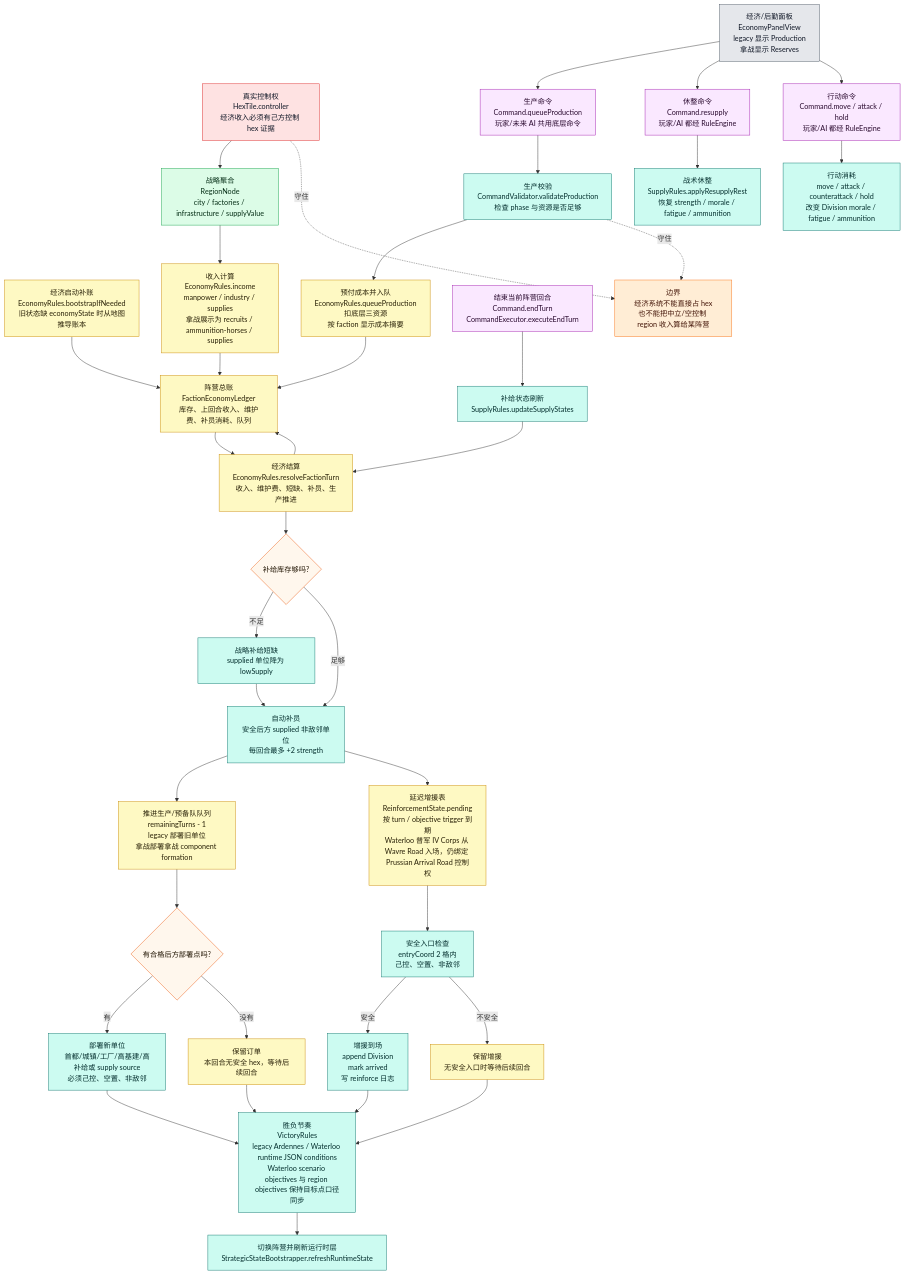
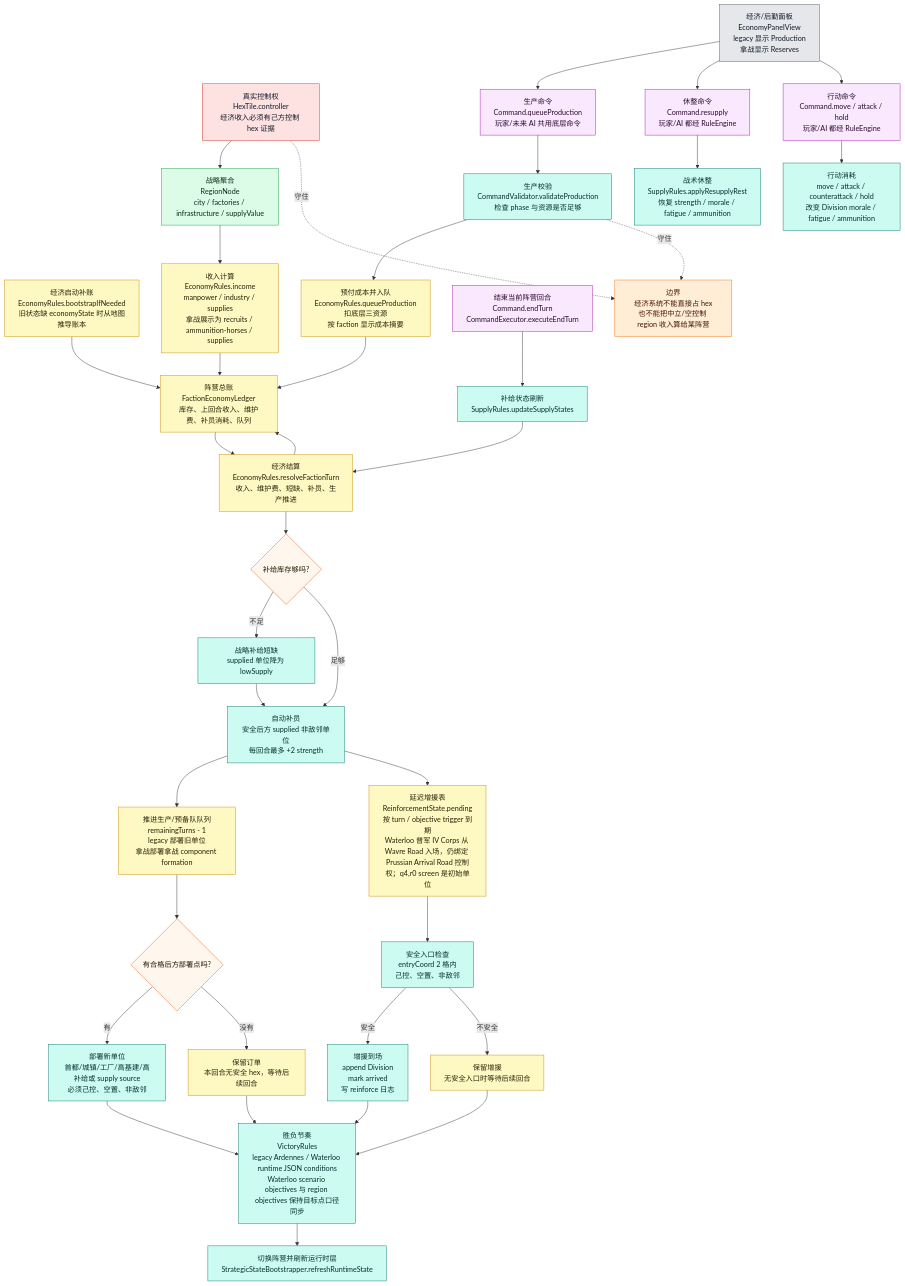
Before and after one commit to Altman-sam114/122: the fourth of 9 diagrams in md/flow/flowchart.md, drawn with Mermaid. The commit also changed other lines of this file and 5 other files, not shown here.

Commit message:
feat: add prussian approach screen

````diff
--- a/md/flow/flowchart.md
+++ b/md/flow/flowchart.md
@@ -219,65 +219,65 @@
 ```mermaid
 flowchart TD
     BOOT["经济启动补账<br/>EconomyRules.bootstrapIfNeeded<br/>旧状态缺 economyState 时从地图推导账本"]:::economy
     HEX["真实控制权<br/>HexTile.controller<br/>经济收入必须有己方控制 hex 证据"]:::authority
     REGION["战略聚合<br/>RegionNode<br/>city / factories / infrastructure / supplyValue"]:::derived
     INCOME["收入计算<br/>EconomyRules.income<br/>manpower / industry / supplies<br/>拿战展示为 recruits / ammunition-horses / supplies"]:::economy
     LEDGER["阵营总账<br/>FactionEconomyLedger<br/>库存、上回合收入、维护费、补员消耗、队列"]:::economy
 
     UI["经济/后勤面板<br/>EconomyPanelView<br/>legacy 显示 Production<br/>拿战显示 Reserves"]:::ui
     QUEUE["生产命令<br/>Command.queueProduction<br/>玩家/未来 AI 共用底层命令"]:::command
     VALIDATE["生产校验<br/>CommandValidator.validateProduction<br/>检查 phase 与资源是否足够"]:::rules
     PAY["预付成本并入队<br/>EconomyRules.queueProduction<br/>扣底层三资源<br/>按 faction 显示成本摘要"]:::economy
     RESTCMD["休整命令<br/>Command.resupply<br/>玩家/AI 都经 RuleEngine"]:::command
     ACTION["行动命令<br/>Command.move / attack / hold<br/>玩家/AI 都经 RuleEngine"]:::command
 
     END["结束当前阵营回合<br/>Command.endTurn<br/>CommandExecutor.executeEndTurn"]:::command
     SUPPLY["补给状态刷新<br/>SupplyRules.updateSupplyStates"]:::rules
     RESOLVE["经济结算<br/>EconomyRules.resolveFactionTurn<br/>收入、维护费、短缺、补员、生产推进"]:::economy
     SHORT{"补给库存够吗?"}:::decision
     LOW["战略补给短缺<br/>supplied 单位降为 lowSupply"]:::rules
     REINF["自动补员<br/>安全后方 supplied 非敌邻单位<br/>每回合最多 +2 strength"]:::rules
     PROD["推进生产/预备队队列<br/>remainingTurns - 1<br/>legacy 部署旧单位<br/>拿战部署拿战 component formation"]:::economy
-    SCHED["延迟增援表<br/>ReinforcementState.pending<br/>按 turn / objective trigger 到期<br/>Waterloo 普军 IV Corps 从 Wavre Road 入场，仍绑定 Prussian Arrival Road 控制权"]:::economy
+    SCHED["延迟增援表<br/>ReinforcementState.pending<br/>按 turn / objective trigger 到期<br/>Waterloo 普军 IV Corps 从 Wavre Road 入场，仍绑定 Prussian Arrival Road 控制权；q4,r0 screen 是初始单位"]:::economy
     ENTRY["安全入口检查<br/>entryCoord 2 格内<br/>己控、空置、非敌邻"]:::rules
     DEPLOY{"有合格后方部署点吗?"}:::decision
     SPAWN["部署新单位<br/>首都/城镇/工厂/高基建/高补给或 supply source<br/>必须己控、空置、非敌邻"]:::rules
     RSPAWN["增援到场<br/>append Division<br/>mark arrived<br/>写 reinforce 日志"]:::rules
     WAIT["保留订单<br/>本回合无安全 hex，等待后续回合"]:::economy
     RWAIT["保留增援<br/>无安全入口时等待后续回合"]:::economy
     REST["战术休整<br/>SupplyRules.applyResupplyRest<br/>恢复 strength / morale / fatigue / ammunition"]:::rules
     WEAR["行动消耗<br/>move / attack / counterattack / hold<br/>改变 Division morale / fatigue / ammunition"]:::rules
     VICTORY["胜负节奏<br/>VictoryRules<br/>legacy Ardennes / Waterloo runtime JSON conditions<br/>Waterloo scenario objectives 与 region objectives 保持目标点口径同步"]:::rules
     NEXT["切换阵营并刷新运行时层<br/>StrategicStateBootstrapper.refreshRuntimeState"]:::rules
 
     BOOT --> LEDGER
     HEX --> REGION --> INCOME --> LEDGER
     UI --> QUEUE --> VALIDATE --> PAY --> LEDGER
     UI --> RESTCMD --> REST
     UI --> ACTION --> WEAR
     END --> SUPPLY --> RESOLVE
     LEDGER --> RESOLVE
     RESOLVE --> SHORT
     SHORT -->|不足| LOW --> REINF
     SHORT -->|足够| REINF
     REINF --> PROD --> DEPLOY
     DEPLOY -->|有| SPAWN --> VICTORY
     DEPLOY -->|没有| WAIT --> VICTORY
     REINF --> SCHED --> ENTRY
     ENTRY -->|安全| RSPAWN --> VICTORY --> NEXT
     ENTRY -->|不安全| RWAIT --> VICTORY
     RESOLVE --> LEDGER
 
     WARN["边界<br/>经济系统不能直接占 hex<br/>也不能把中立/空控制 region 收入算给某阵营"]:::warn
     HEX -.守住.-> WARN
     VALIDATE -.守住.-> WARN
 
     classDef authority fill:#fee2e2,stroke:#dc2626,color:#111827
     classDef derived fill:#dcfce7,stroke:#16a34a,color:#052e16
     classDef economy fill:#fef9c3,stroke:#ca8a04,color:#292107
     classDef command fill:#fae8ff,stroke:#a21caf,color:#2a0a2f
     classDef rules fill:#ccfbf1,stroke:#0f766e,color:#042f2e
     classDef decision fill:#fff7ed,stroke:#ea580c,color:#1f1300
     classDef ui fill:#e5e7eb,stroke:#4b5563,color:#111827
     classDef warn fill:#ffedd5,stroke:#f97316,color:#431407
 ```
````
